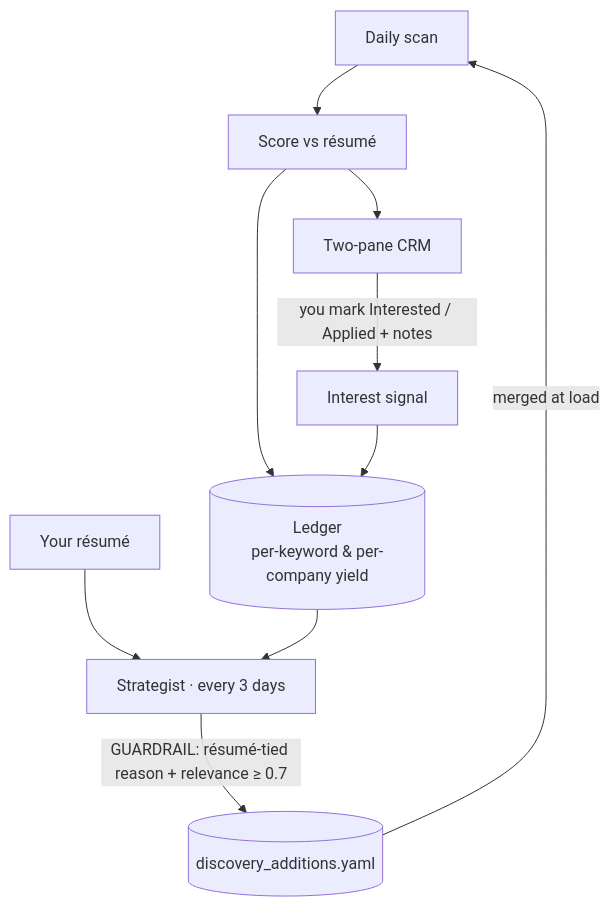
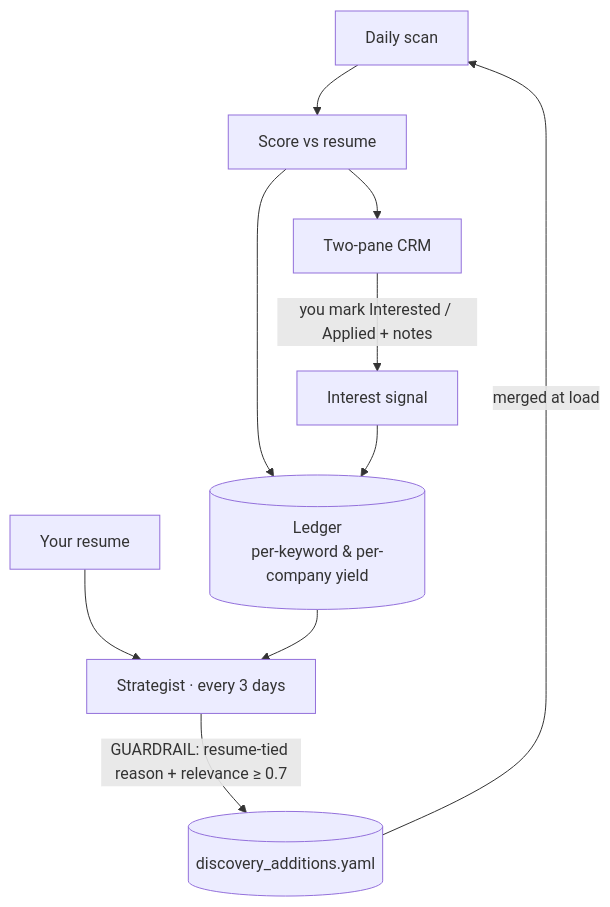
One commit to Treibs/job-scout changed the third of 3 diagrams in README.md. Above: the diagram before and after it, drawn with Mermaid. The commit also changed other lines of this file and 7 other files, not shown here.

First line of the commit message:
chore: use "resume" (not "résumé") throughout

````diff
--- a/README.md
+++ b/README.md
@@ -177,12 +177,12 @@
 ```mermaid
 flowchart TD
-  SCAN["Daily scan"] --> SCORE["Score vs résumé"]
+  SCAN["Daily scan"] --> SCORE["Score vs resume"]
   SCORE --> DASH["Two-pane CRM"]
   DASH -->|"you mark Interested / Applied + notes"| SIG["Interest signal"]
   SCORE --> LED[("Ledger<br/>per-keyword & per-company yield")]
   SIG --> LED
-  RESUME["Your résumé"] --> STRAT
+  RESUME["Your resume"] --> STRAT
   LED --> STRAT["Strategist · every 3 days"]
-  STRAT -->|"GUARDRAIL: résumé-tied reason + relevance ≥ 0.7"| ADD[("discovery_additions.yaml")]
+  STRAT -->|"GUARDRAIL: resume-tied reason + relevance ≥ 0.7"| ADD[("discovery_additions.yaml")]
   ADD -->|merged at load| SCAN
 ```
````
